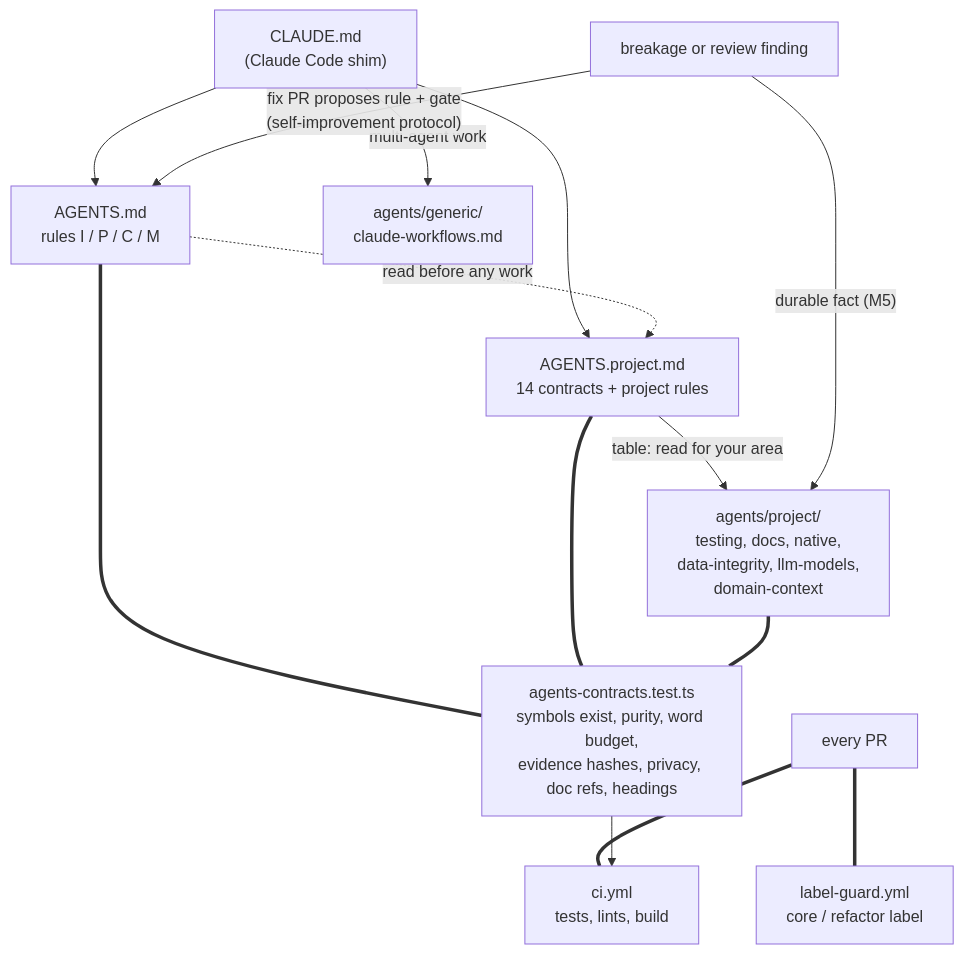
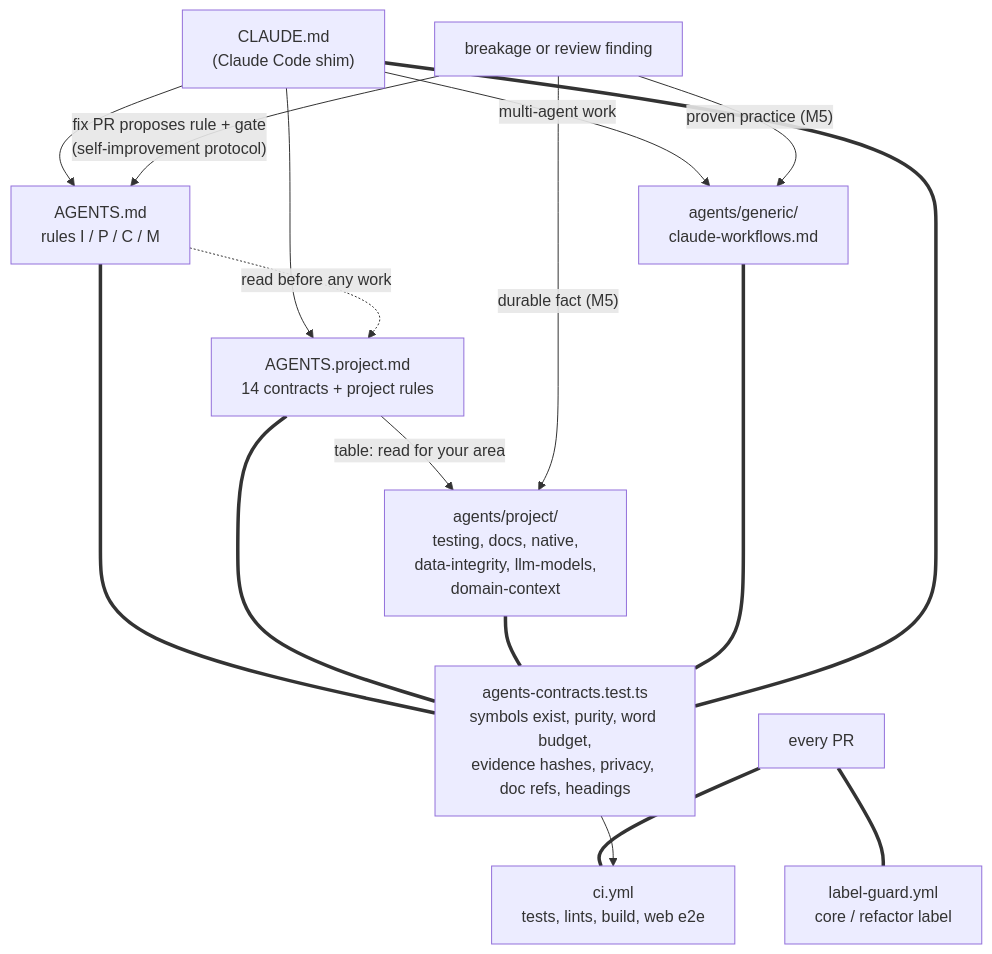
The diagram in docs/developer-guide/14-agent-development-model.rst (ZoneMinder/zmNinjaNG), drawn with Mermaid before and after one commit.

Commit message:
docs(developer-guide): correct the chapter 14 gate diagram
Gate also checks CLAUDE.md (word budget) and agents/generic (privacy,
headings); M5 routes proven practices to the generic playbook, not only
project facts; ci.yml label was missing web e2e.

refs #283

```diff
--- a/docs/developer-guide/14-agent-development-model.rst
+++ b/docs/developer-guide/14-agent-development-model.rst
@@ -286,16 +286,19 @@
 .. mermaid::
 
    graph TD
      CL["CLAUDE.md<br/>(Claude Code shim)"] --> AG["AGENTS.md<br/>rules I / P / C / M"]
      CL --> AP["AGENTS.project.md<br/>14 contracts + project rules"]
      AG -. "read before any work" .-> AP
      AP -- "table: read for your area" --> PP["agents/project/<br/>testing, docs, native,<br/>data-integrity, llm-models,<br/>domain-context"]
      CL -- "multi-agent work" --> GP["agents/generic/<br/>claude-workflows.md"]
      AG === GATE["agents-contracts.test.ts<br/>symbols exist, purity, word budget,<br/>evidence hashes, privacy, doc refs, headings"]
      AP === GATE
      PP === GATE
+     GP === GATE
+     CL === GATE
      PR["every PR"] === LG["label-guard.yml<br/>core / refactor label"]
-     PR === CI["ci.yml<br/>tests, lints, build"]
+     PR === CI["ci.yml<br/>tests, lints, build, web e2e"]
      GATE --> CI
      FAIL["breakage or review finding"] -- "fix PR proposes rule + gate<br/>(self-improvement protocol)" --> AG
      FAIL -- "durable fact (M5)" --> PP
+     FAIL -- "proven practice (M5)" --> GP
```
